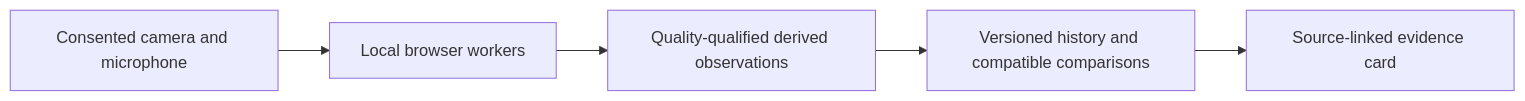
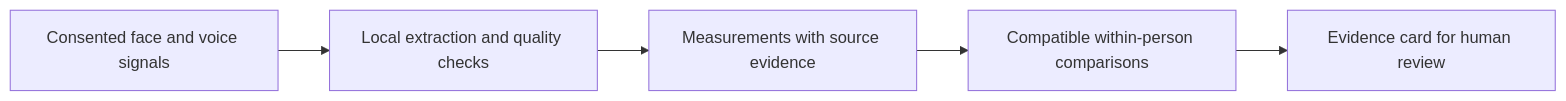
Before and after one commit to logannye/phenometrix: the diagram in README.md, drawn with Mermaid. The commit also changed other lines of this file, not shown here.

````diff
--- a/README.md
+++ b/README.md
@@ -32,7 +54,7 @@
 ```mermaid
 flowchart LR
-    A[Consented camera and microphone] --> B[Local browser workers]
-    B --> C[Quality-qualified derived observations]
-    C --> D[Versioned history and compatible comparisons]
-    D --> E[Source-linked evidence card]
+    A[Consented face and voice signals] --> B[Local extraction and quality checks]
+    B --> C[Measurements with source evidence]
+    C --> D[Compatible within-person comparisons]
+    D --> E[Evidence card for human review]
 ```
````
